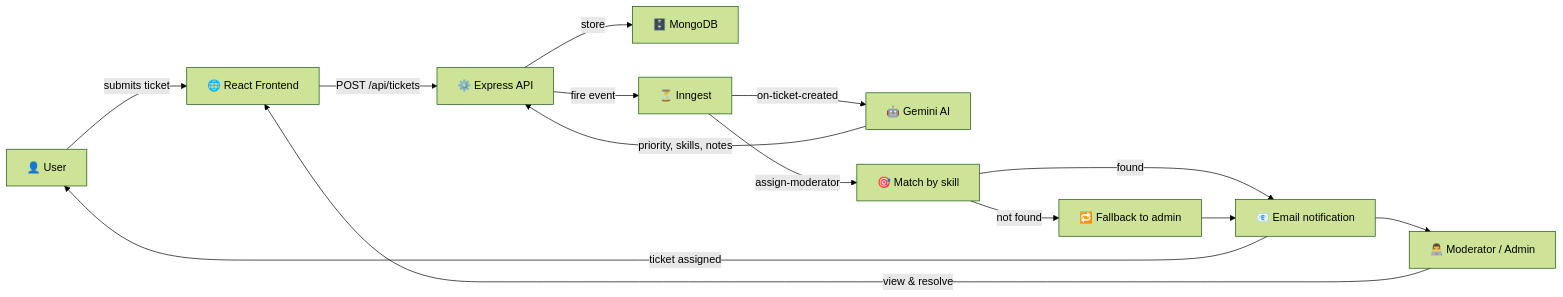
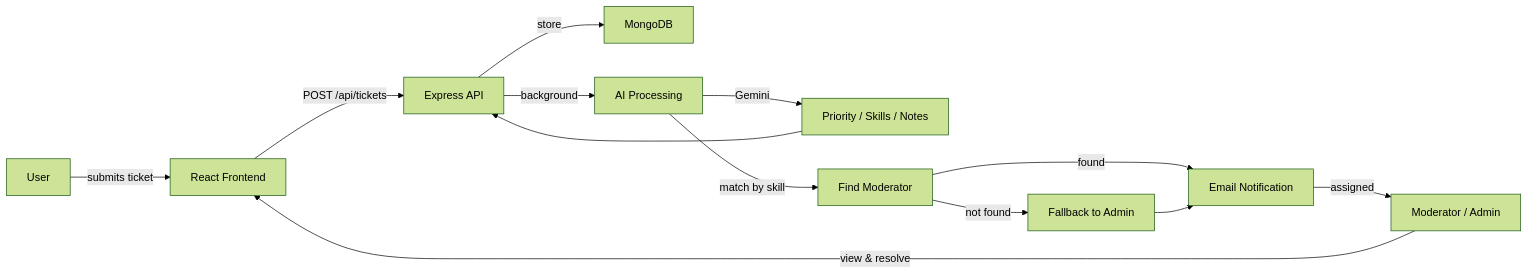
The diagram in readme.md (ankush-exploring/sortify), drawn with Mermaid (forest theme) before and after one commit. The commit also changed other lines of this file, not shown here.

Commit message:
Fix: clean Mermaid diagram (no emojis), update Mailtrap->Resend refs

````diff
--- a/readme.md
+++ b/readme.md
@@ -92,19 +92,18 @@
 ```mermaid
 flowchart LR
-  A["👤 User"] -->|submits ticket| B["🌐 React Frontend"]
-  B -->|POST /api/tickets| C["⚙️ Express API"]
-  C -->|store| D["🗄️ MongoDB"]
-  C -->|fire event| E["⏳ Inngest"]
+  A[User] -->|submits ticket| B[React Frontend]
+  B -->|POST /api/tickets| C[Express API]
+  C -->|store| D[MongoDB]
+  C -->|background| E[AI Processing]
 
-  E -->|on-ticket-created| F["🤖 Gemini AI"]
-  F -->|priority, skills, notes| C
+  E -->|Gemini| F[Priority / Skills / Notes]
+  F --> C
 
-  E -->|assign-moderator| G["🎯 Match by skill"]
-  G -->|found| H["📧 Email notification"]
-  G -->|not found| I["🔁 Fallback to admin"]
+  E -->|match by skill| G[Find Moderator]
+  G -->|found| H[Email Notification]
+  G -->|not found| I[Fallback to Admin]
   I --> H
 
-  H -->|ticket assigned| A
-  H --> J["👨‍💻 Moderator / Admin"]
+  H -->|assigned| J[Moderator / Admin]
   J -->|view & resolve| B
 ```
````
